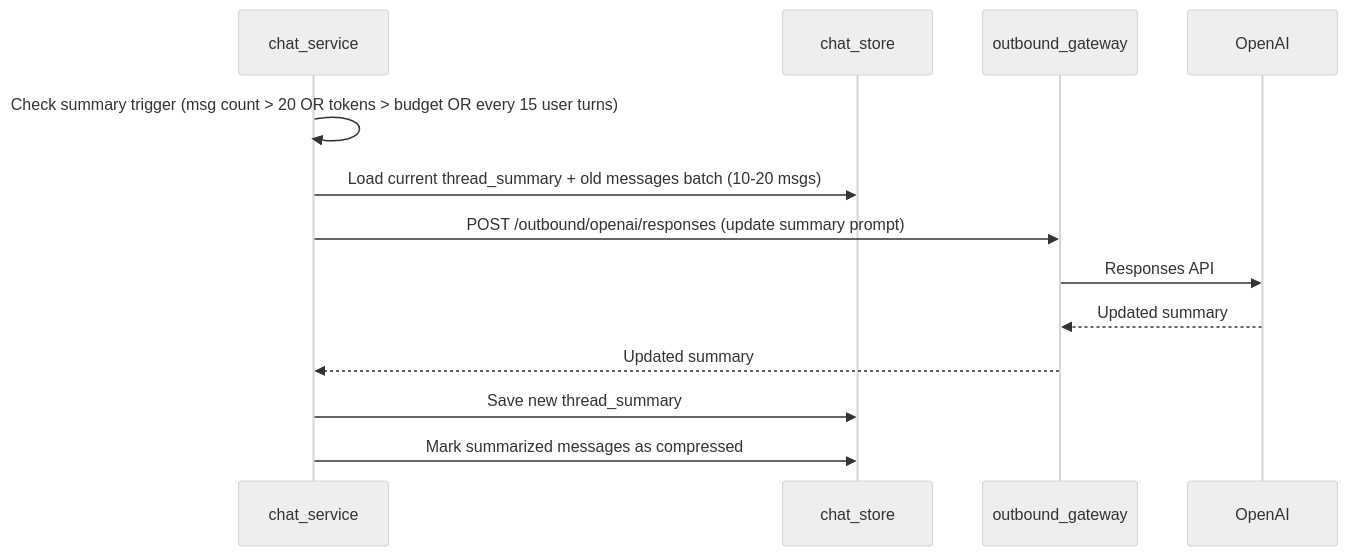
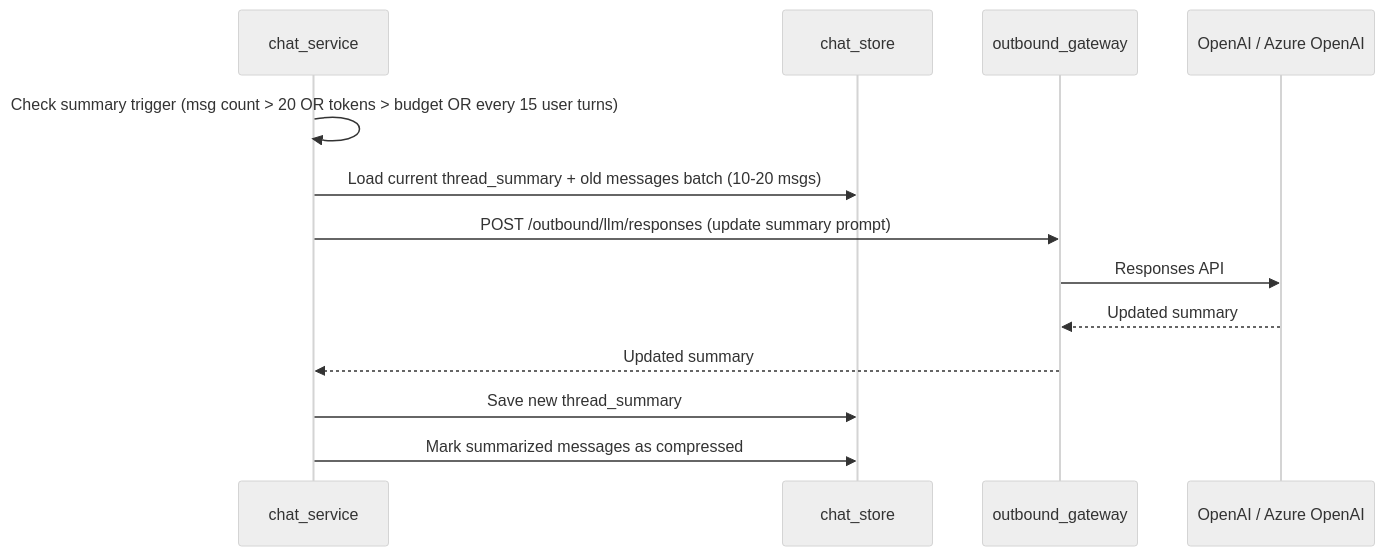
One commit to MikeFalcon77/hyperspot changed the fifth of 5 diagrams in modules/mini-chat/docs/DESIGN.md. Above: the diagram before and after it, drawn with Mermaid (neutral theme). The commit also changed other lines of this file, not shown here.

Commit message:
Azure API adoption

````diff
--- a/modules/mini-chat/docs/DESIGN.md
+++ b/modules/mini-chat/docs/DESIGN.md
@@ -460,16 +483,16 @@
 ```mermaid
 sequenceDiagram
     participant CS as chat_service
     participant DB as chat_store
     participant OG as outbound_gateway
-    participant OAI as OpenAI
+    participant OAI as OpenAI / Azure OpenAI
 
     CS->>CS: Check summary trigger (msg count > 20 OR tokens > budget OR every 15 user turns)
     CS->>DB: Load current thread_summary + old messages batch (10-20 msgs)
-    CS->>OG: POST /outbound/openai/responses (update summary prompt)
+    CS->>OG: POST /outbound/llm/responses (update summary prompt)
     OG->>OAI: Responses API
     OAI-->>OG: Updated summary
     OG-->>CS: Updated summary
     CS->>DB: Save new thread_summary
     CS->>DB: Mark summarized messages as compressed
 ```
````
